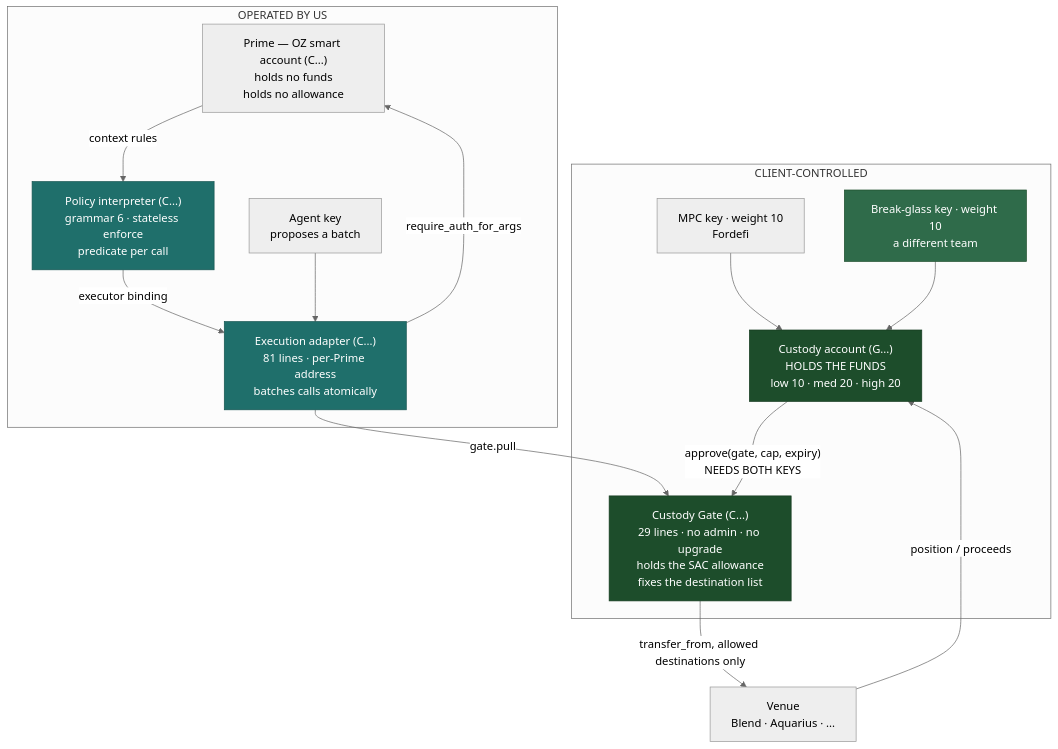
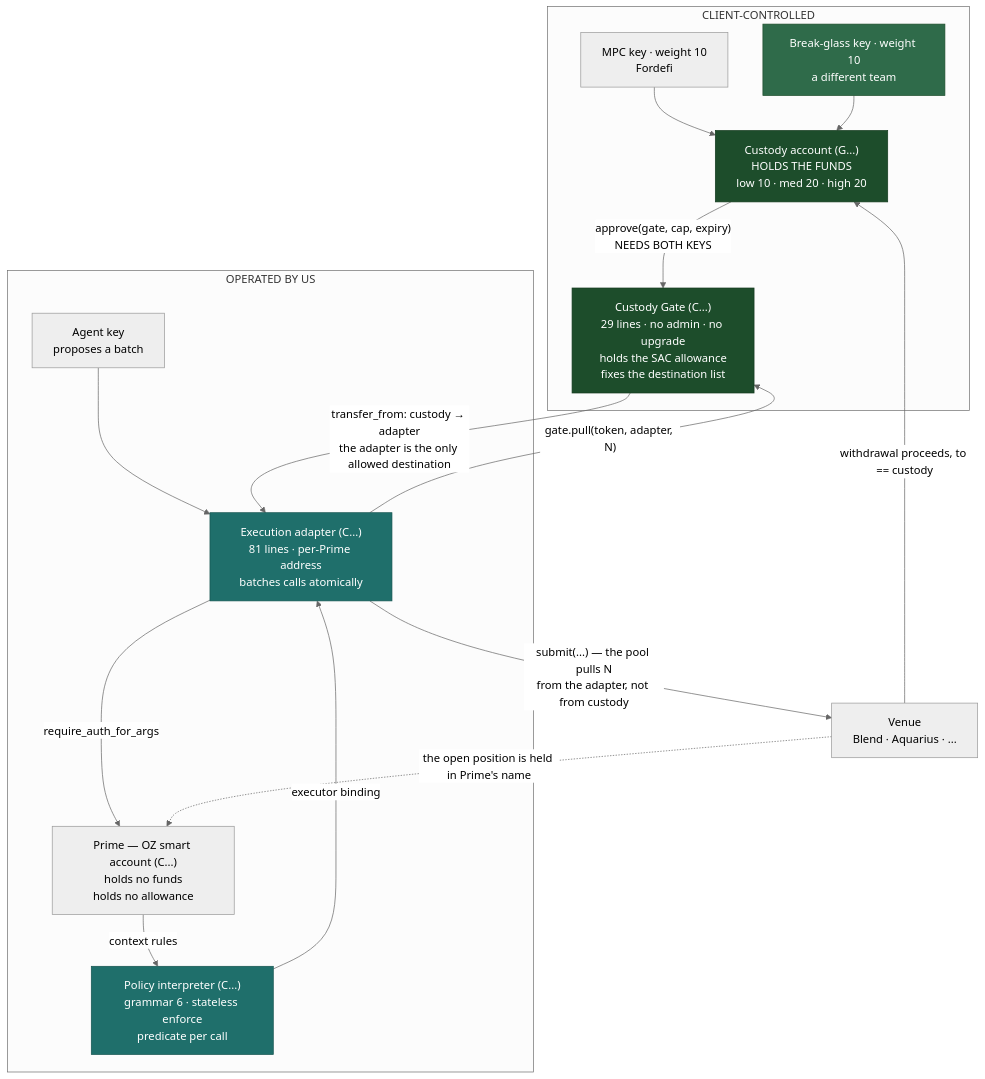
The first of 5 diagrams in docs/custody-preserving-execution.md (untangledfinance/oz-policy-builder), drawn with Mermaid (neutral theme) before and after one commit.

Commit message:
docs: correct fund flow in the component diagram
Funds move custody to adapter via the gate, then adapter to venue when the
pool pulls. The diagram drew a single gate-to-venue edge, contradicting the
sequence diagram. Also separates the withdrawal proceeds edge from the
position, which is held in Prime's name.

````diff
--- a/docs/custody-preserving-execution.md
+++ b/docs/custody-preserving-execution.md
@@ -93,35 +93,37 @@
 ```mermaid
 flowchart TB
     subgraph CLIENT["CLIENT-CONTROLLED"]
         MPC["Custody account (G...)<br/>HOLDS THE FUNDS<br/>low 10 · med 20 · high 20"]
         K1["MPC key · weight 10<br/>Fordefi"]
         K2["Break-glass key · weight 10<br/>a different team"]
         GATE["Custody Gate (C...)<br/>29 lines · no admin · no upgrade<br/>holds the SAC allowance<br/>fixes the destination list"]
     end
 
     subgraph OPERATOR["OPERATED BY US"]
         PRIME["Prime — OZ smart account (C...)<br/>holds no funds<br/>holds no allowance"]
         ADAPTER["Execution adapter (C...)<br/>81 lines · per-Prime address<br/>batches calls atomically"]
         INTERP["Policy interpreter (C...)<br/>grammar 6 · stateless enforce<br/>predicate per call"]
         AGENT["Agent key<br/>proposes a batch"]
     end
 
     VENUE["Venue<br/>Blend · Aquarius · ..."]
 
     K1 --> MPC
     K2 --> MPC
     MPC -- "approve(gate, cap, expiry)<br/>NEEDS BOTH KEYS" --> GATE
     AGENT --> ADAPTER
     ADAPTER -- "require_auth_for_args" --> PRIME
     PRIME -- "context rules" --> INTERP
     INTERP -- "executor binding" --> ADAPTER
-    ADAPTER -- "gate.pull" --> GATE
-    GATE -- "transfer_from, allowed destinations only" --> VENUE
-    VENUE -- "position / proceeds" --> MPC
+    ADAPTER -- "gate.pull(token, adapter, N)" --> GATE
+    GATE -- "transfer_from: custody → adapter<br/>the adapter is the only allowed destination" --> ADAPTER
+    ADAPTER -- "submit(...) — the pool pulls N<br/>from the adapter, not from custody" --> VENUE
+    VENUE -- "withdrawal proceeds, to == custody" --> MPC
+    VENUE -. "the open position is held in Prime's name" .-> PRIME
 
     style MPC fill:#1d4d2b,color:#fff,stroke:#143a1f
     style GATE fill:#1d4d2b,color:#fff,stroke:#143a1f
     style K2 fill:#2F6B4A,color:#fff,stroke:#1d4d2b
     style INTERP fill:#1F6F6B,color:#fff,stroke:#155450
     style ADAPTER fill:#1F6F6B,color:#fff,stroke:#155450
 ```
````
